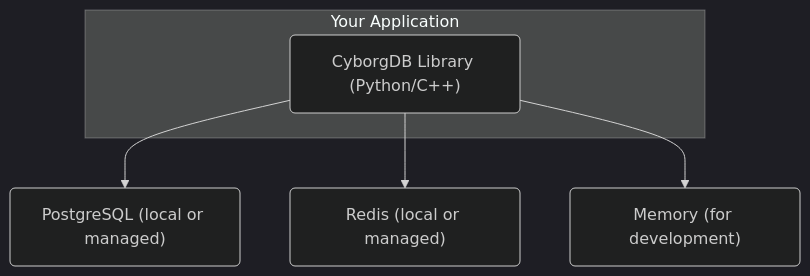
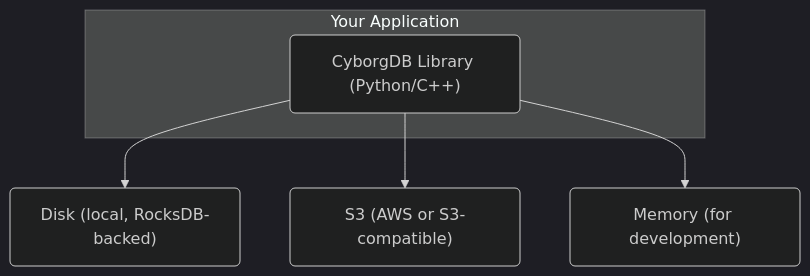
One commit to cyborginc/cyborgdb-docs changed the diagram in versions/v0.17.x/embedded/guides/intro/about.mdx. Above: the diagram before and after it, drawn with Mermaid (dark theme). The commit also changed other lines of this file and 48 other files, not shown here.

````diff
--- a/versions/v0.17.x/embedded/guides/intro/about.mdx
+++ b/versions/v0.17.x/embedded/guides/intro/about.mdx
@@ -47,10 +47,10 @@
 ```mermaid
 flowchart TB
   subgraph Your_Applications [Your Application]
     Library("CyborgDB Library (Python/C++)")
   end
 
-  Library --> PostgreSQL("PostgreSQL (local or managed)")
-  Library --> Redis("Redis (local or managed)")
+  Library --> Disk("Disk (local, RocksDB-backed)")
+  Library --> S3("S3 (AWS or S3-compatible)")
   Library --> Memory("Memory (for development)")
 ```
````
